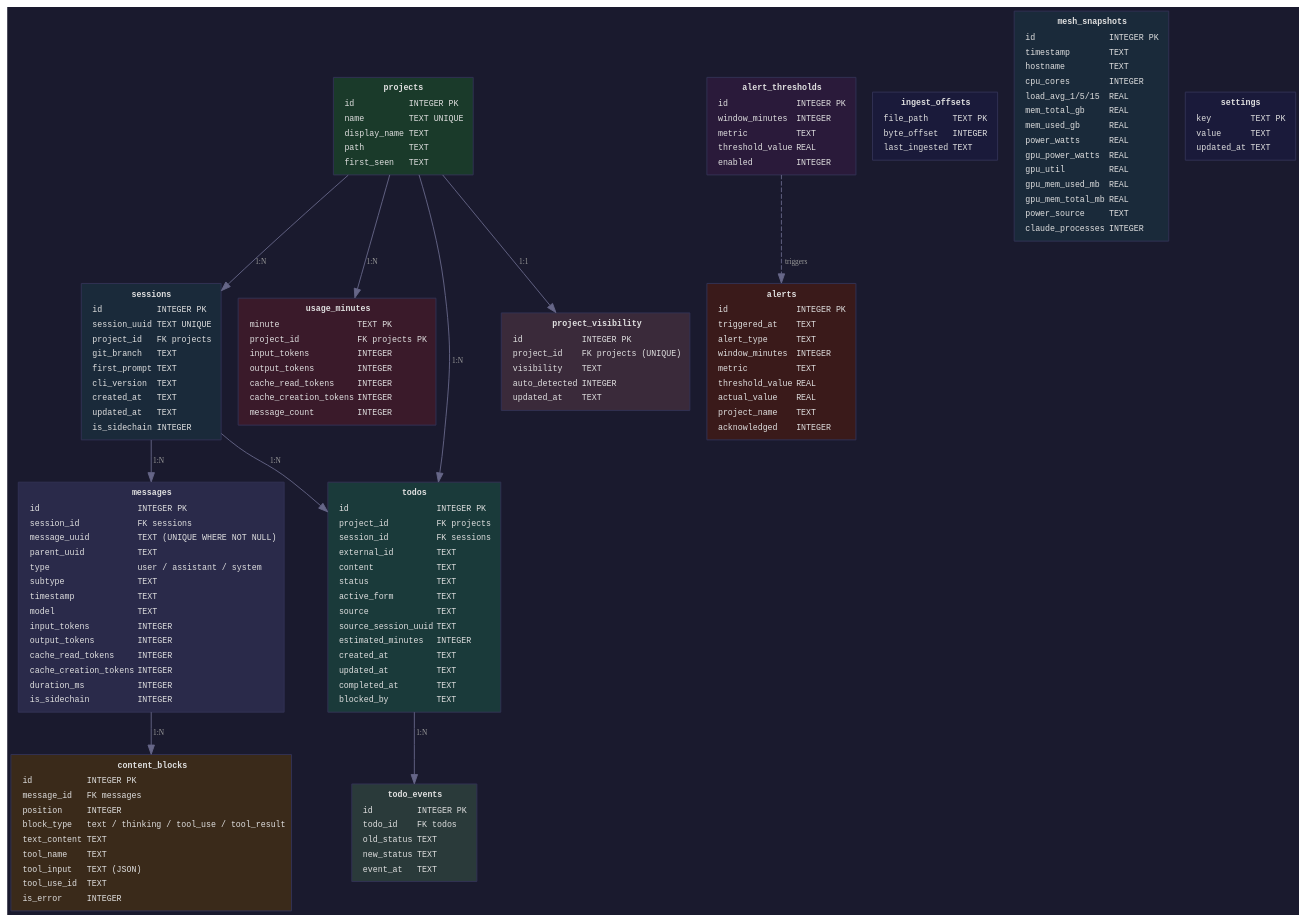
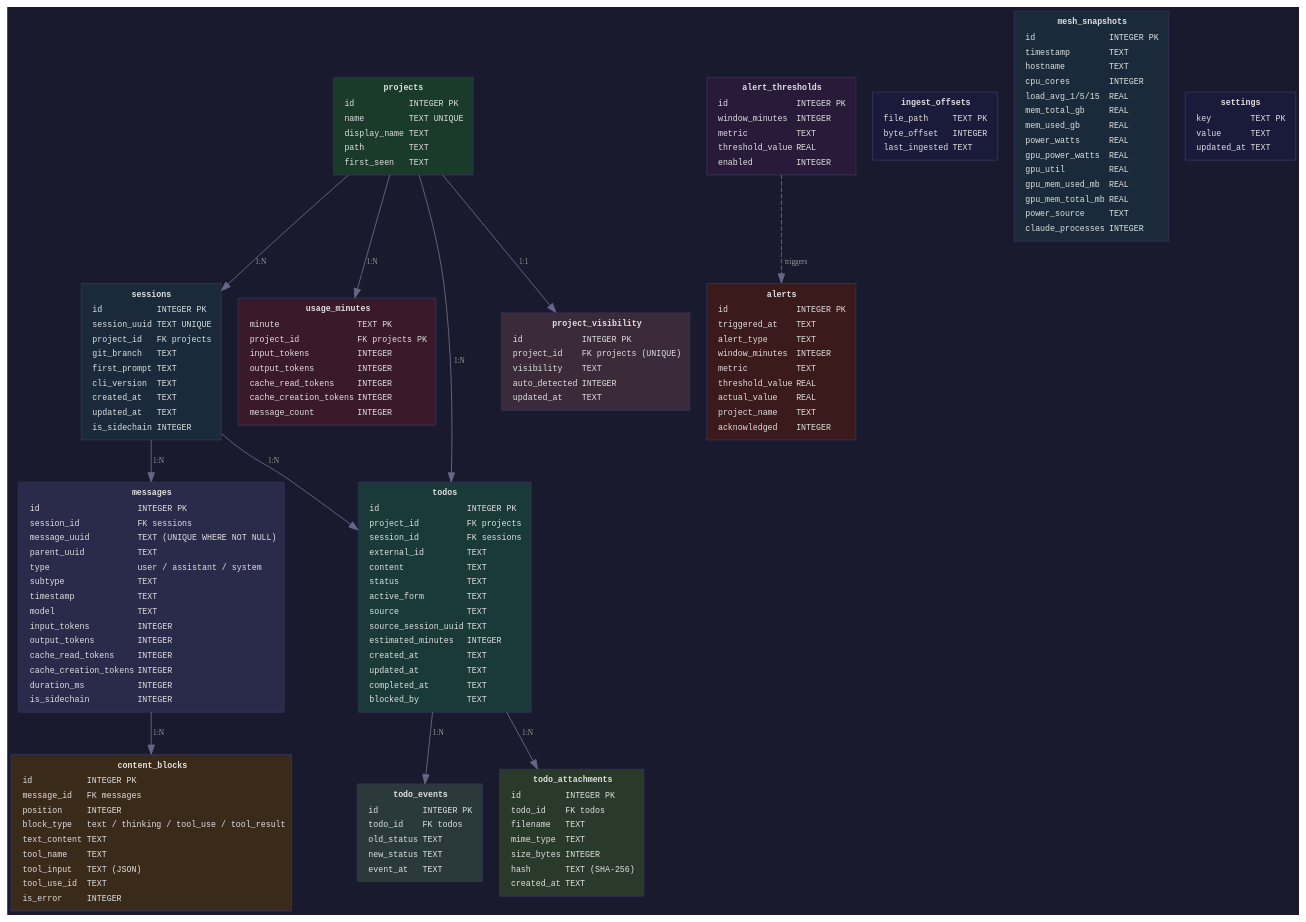
One commit to russellballestrini/unfirehose-nextjs-logger changed the diagram in docs/database.dot. Above: the diagram before and after it, drawn with Graphviz. The commit also changed 1 other file, not shown here.

Commit message:
Add todo_attachments table to database docs and diagram

```diff
--- a/docs/database.dot
+++ b/docs/database.dot
@@ -145,6 +145,19 @@
     </TABLE>
   >]
 
+  todo_attachments [fillcolor="#2a3a2a" label=<
+    <TABLE BORDER="0" CELLBORDER="0" CELLSPACING="2">
+    <TR><TD COLSPAN="2"><B>todo_attachments</B></TD></TR>
+    <TR><TD ALIGN="LEFT">id</TD><TD ALIGN="LEFT">INTEGER PK</TD></TR>
+    <TR><TD ALIGN="LEFT">todo_id</TD><TD ALIGN="LEFT">FK todos</TD></TR>
+    <TR><TD ALIGN="LEFT">filename</TD><TD ALIGN="LEFT">TEXT</TD></TR>
+    <TR><TD ALIGN="LEFT">mime_type</TD><TD ALIGN="LEFT">TEXT</TD></TR>
+    <TR><TD ALIGN="LEFT">size_bytes</TD><TD ALIGN="LEFT">INTEGER</TD></TR>
+    <TR><TD ALIGN="LEFT">hash</TD><TD ALIGN="LEFT">TEXT (SHA-256)</TD></TR>
+    <TR><TD ALIGN="LEFT">created_at</TD><TD ALIGN="LEFT">TEXT</TD></TR>
+    </TABLE>
+  >]
+
   project_visibility [fillcolor="#3a2a3a" label=<
     <TABLE BORDER="0" CELLBORDER="0" CELLSPACING="2">
     <TR><TD COLSPAN="2"><B>project_visibility</B></TD></TR>
@@ -193,6 +206,7 @@
   projects -> todos [label="1:N"]
   sessions -> todos [label="1:N"]
   todos -> todo_events [label="1:N"]
+  todos -> todo_attachments [label="1:N"]
   projects -> project_visibility [label="1:1"]
 
   // Threshold -> Alert (conceptual)
```
